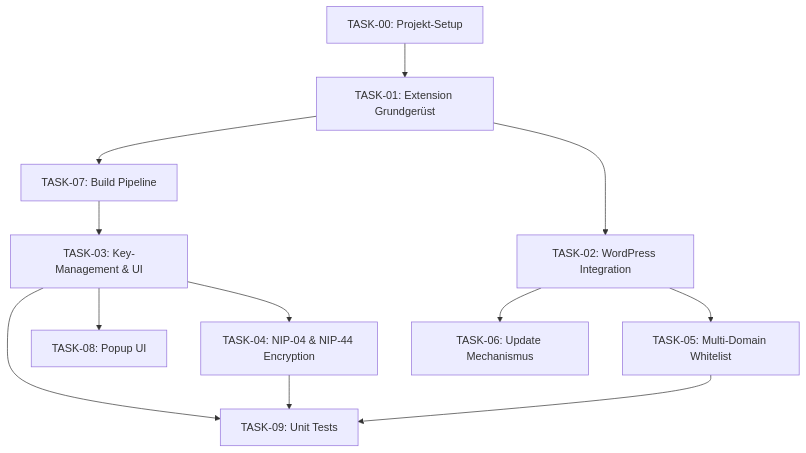
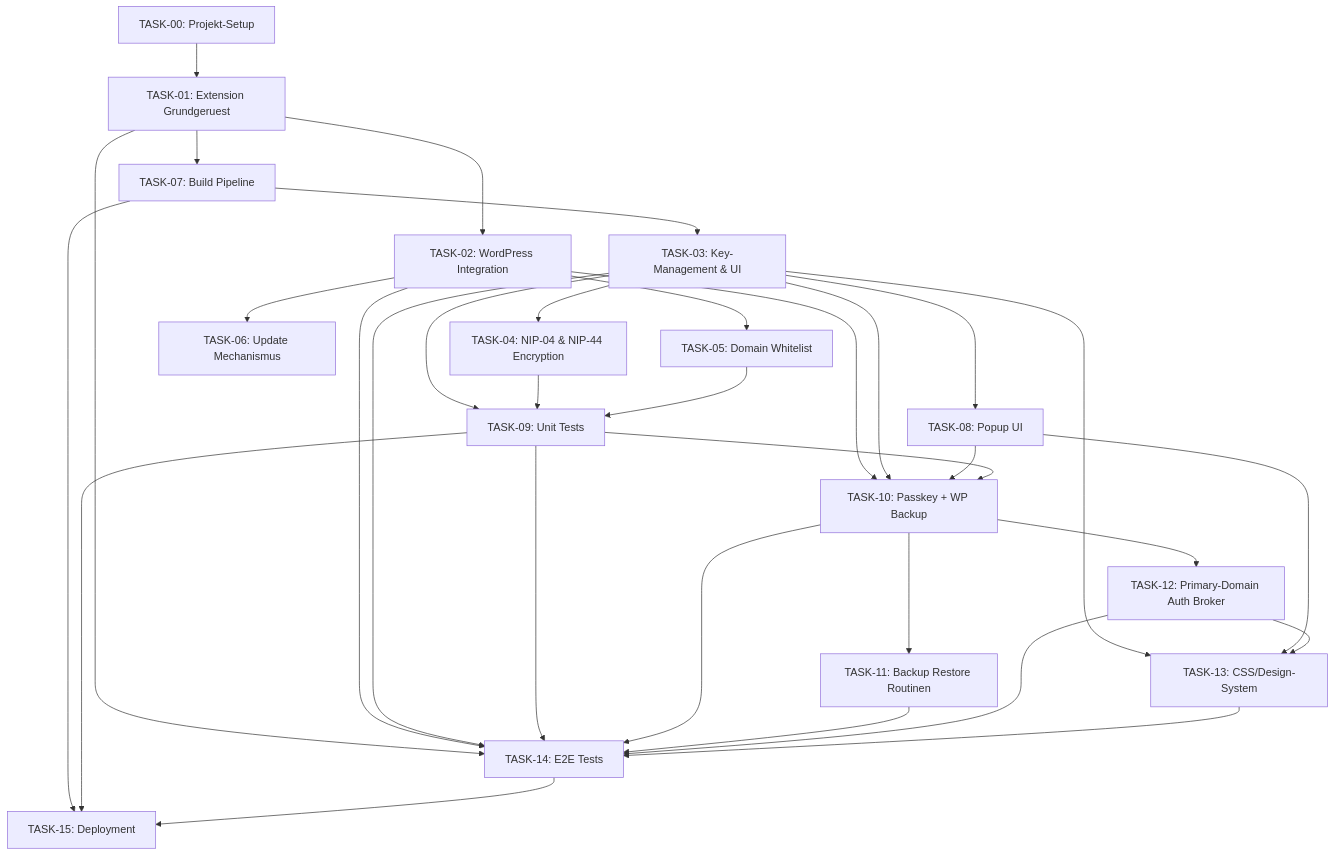
One commit to johappel/wp-nostr-nip7-browser-extension changed the diagram in tasks/TASK-00-Projekt-Uebersicht.md. Above: the diagram before and after it, drawn with Mermaid. The commit also changed other lines of this file and 5 other files, not shown here.

First line of the commit message:
Add API reference and concept documentation for NIP-07 extension and identity provider integration

````diff
--- a/tasks/TASK-00-Projekt-Uebersicht.md
+++ b/tasks/TASK-00-Projekt-Uebersicht.md
@@ -47,14 +46,34 @@
 ```mermaid
 flowchart TD
-    T00[TASK-00: Projekt-Setup] --> T01[TASK-01: Extension Grundgerüst]
+    T00[TASK-00: Projekt-Setup] --> T01[TASK-01: Extension Grundgeruest]
     T01 --> T07[TASK-07: Build Pipeline]
+    T01 --> T02[TASK-02: WordPress Integration]
     T07 --> T03[TASK-03: Key-Management & UI]
     T03 --> T04[TASK-04: NIP-04 & NIP-44 Encryption]
     T03 --> T08[TASK-08: Popup UI]
-    T01 --> T02[TASK-02: WordPress Integration]
-    T02 --> T05[TASK-05: Multi-Domain Whitelist]
+    T02 --> T05[TASK-05: Domain Whitelist]
     T02 --> T06[TASK-06: Update Mechanismus]
     T03 --> T09[TASK-09: Unit Tests]
     T04 --> T09
     T05 --> T09
+    T02 --> T10[TASK-10: Passkey + WP Backup]
+    T03 --> T10
+    T08 --> T10
+    T09 --> T10
+    T10 --> T11[TASK-11: Backup Restore Routinen]
+    T10 --> T12[TASK-12: Primary-Domain Auth Broker]
+    T03 --> T13[TASK-13: CSS/Design-System]
+    T08 --> T13
+    T12 --> T13
+    T01 --> T14[TASK-14: E2E Tests]
+    T02 --> T14
+    T03 --> T14
+    T09 --> T14
+    T10 --> T14
+    T11 --> T14
+    T12 --> T14
+    T13 --> T14
+    T07 --> T15[TASK-15: Deployment]
+    T09 --> T15
+    T14 --> T15
 ```
````
